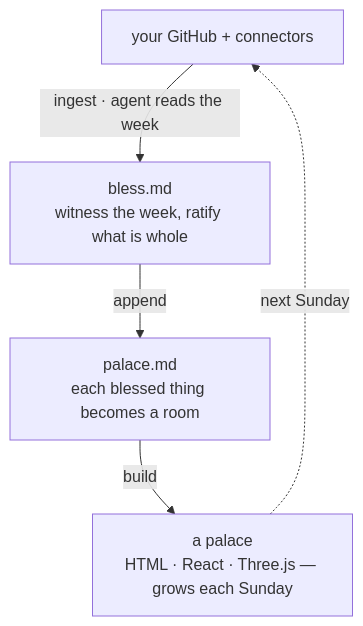
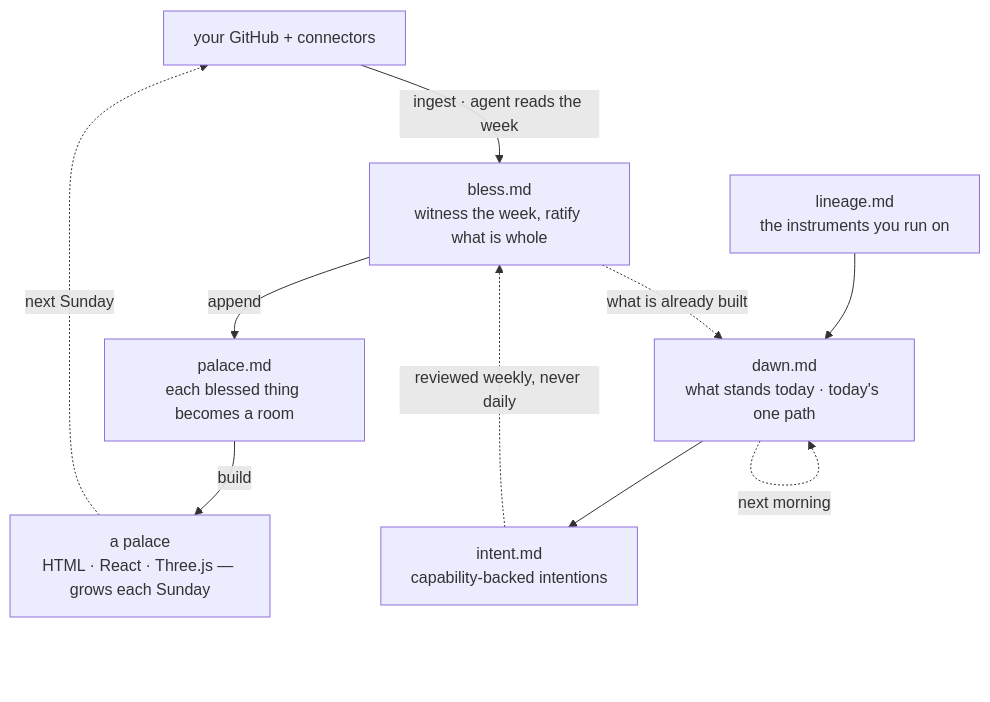
One commit to frankxai/bless changed the diagram in README.md. Above: the diagram before and after it, drawn with Mermaid. The commit also changed other lines of this file and 13 other files, not shown here.

````diff
--- a/README.md
+++ b/README.md
@@ -59,7 +75,13 @@
 ```mermaid
 graph TD
     A["your GitHub + connectors"] -->|ingest · agent reads the week| B["bless.md<br/>witness the week, ratify what is whole"]
     B -->|append| C["palace.md<br/>each blessed thing becomes a room"]
     C -->|build| D["a palace<br/>HTML · React · Three.js — grows each Sunday"]
     D -.->|next Sunday| A
+
+    E["lineage.md<br/>the instruments you run on"] --> F["dawn.md<br/>what stands today · today's one path"]
+    B -.->|what is already built| F
+    F -.->|next morning| F
+    F --> G["intent.md<br/>capability-backed intentions"]
+    G -.->|reviewed weekly, never daily| B
 ```
````
